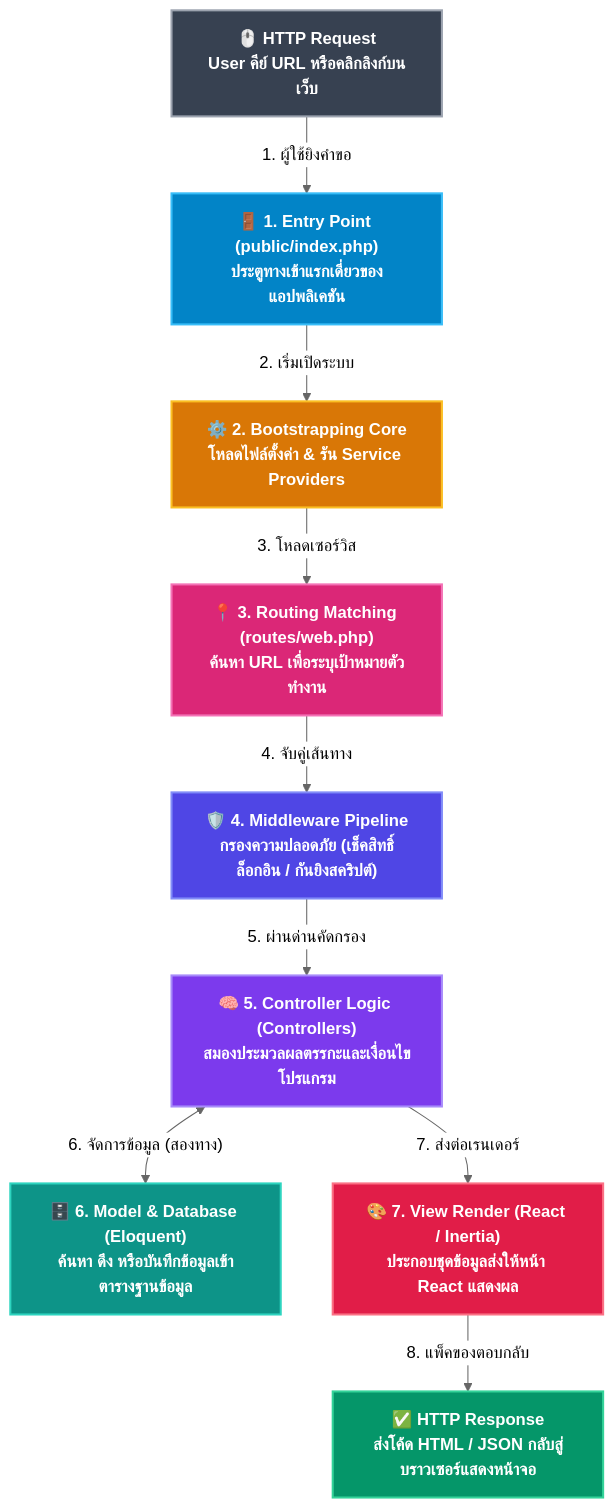
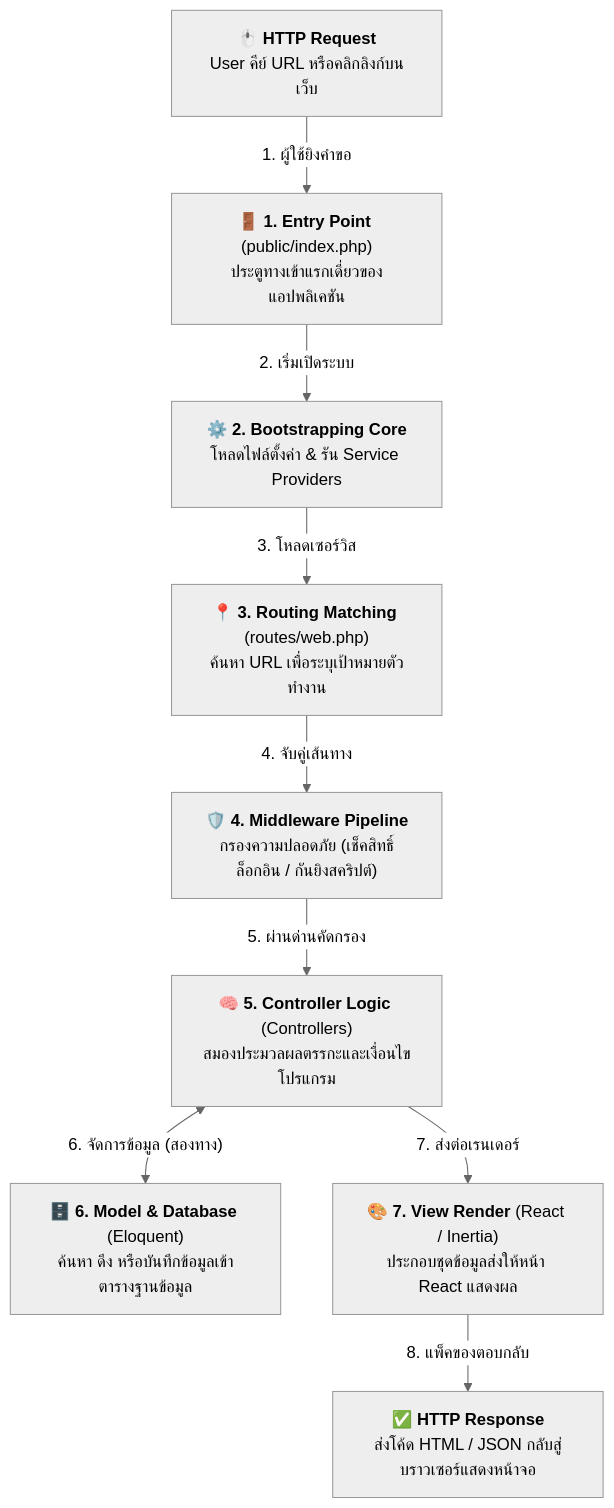
One commit to Krungsri/laravel-vibecode changed the second of 8 diagrams in 01-lesson.md. Above: the diagram before and after it, drawn with Mermaid (neutral theme). The commit also changed other lines of this file and 3 other files, not shown here.

Commit message:
style: remove hardcoded Mermaid styles, fix overflow in requirements chart, and invert Anthropic logo in light mode

````diff
--- a/01-lesson.md
+++ b/01-lesson.md
@@ -368,34 +353,23 @@
 ```mermaid
 flowchart TD
     %% Nodes Definitions
     A["🖱️ <b>HTTP Request</b><br>User คีย์ URL หรือคลิกลิงก์บนเว็บ"]
     B["🚪 <b>1. Entry Point</b> (public/index.php)<br>ประตูทางเข้าแรกเดี่ยวของแอปพลิเคชัน"]
     C["⚙️ <b>2. Bootstrapping Core</b><br>โหลดไฟล์ตั้งค่า & รัน Service Providers"]
     D["📍 <b>3. Routing Matching</b> (routes/web.php)<br>ค้นหา URL เพื่อระบุเป้าหมายตัวทำงาน"]
     E["🛡️ <b>4. Middleware Pipeline</b><br>กรองความปลอดภัย (เช็คสิทธิ์ล็อกอิน / กันยิงสคริปต์)"]
     F["🧠 <b>5. Controller Logic</b> (Controllers)<br>สมองประมวลผลตรรกะและเงื่อนไขโปรแกรม"]
     G["🗄️ <b>6. Model & Database</b> (Eloquent)<br>ค้นหา ดึง หรือบันทึกข้อมูลเข้าตารางฐานข้อมูล"]
     H["🎨 <b>7. View Render</b> (React / Inertia)<br>ประกอบชุดข้อมูลส่งให้หน้า React แสดงผล"]
     I["✅ <b>HTTP Response</b><br>ส่งโค้ด HTML / JSON กลับสู่บราวเซอร์แสดงหน้าจอ"]
 
     %% Flow connections
     A -->|"1. ผู้ใช้ยิงคำขอ"| B
     B -->|"2. เริ่มเปิดระบบ"| C
     C -->|"3. โหลดเซอร์วิส"| D
     D -->|"4. จับคู่เส้นทาง"| E
     E -->|"5. ผ่านด่านคัดกรอง"| F
     F <-->|"6. จัดการข้อมูล (สองทาง)"| G
     F -->|"7. ส่งต่อเรนเดอร์"| H
     H -->|"8. แพ็คของตอบกลับ"| I
-
-    %% Premium Custom Styling
-    style A fill:#374151,stroke:#9ca3af,stroke-width:2px,color:#ffffff,font-weight:bold
-    style B fill:#0284c7,stroke:#38bdf8,stroke-width:2px,color:#ffffff,font-weight:bold
-    style C fill:#d97706,stroke:#fbbf24,stroke-width:2px,color:#ffffff,font-weight:bold
-    style D fill:#db2777,stroke:#f472b6,stroke-width:2px,color:#ffffff,font-weight:bold
-    style E fill:#4f46e5,stroke:#818cf8,stroke-width:2px,color:#ffffff,font-weight:bold
-    style F fill:#7c3aed,stroke:#a78bfa,stroke-width:2px,color:#ffffff,font-weight:bold
-    style G fill:#0d9488,stroke:#2dd4bf,stroke-width:2px,color:#ffffff,font-weight:bold
-    style H fill:#e11d48,stroke:#fb7185,stroke-width:2px,color:#ffffff,font-weight:bold
-    style I fill:#059669,stroke:#34d399,stroke-width:2px,color:#ffffff,font-weight:bold
 ```
````
